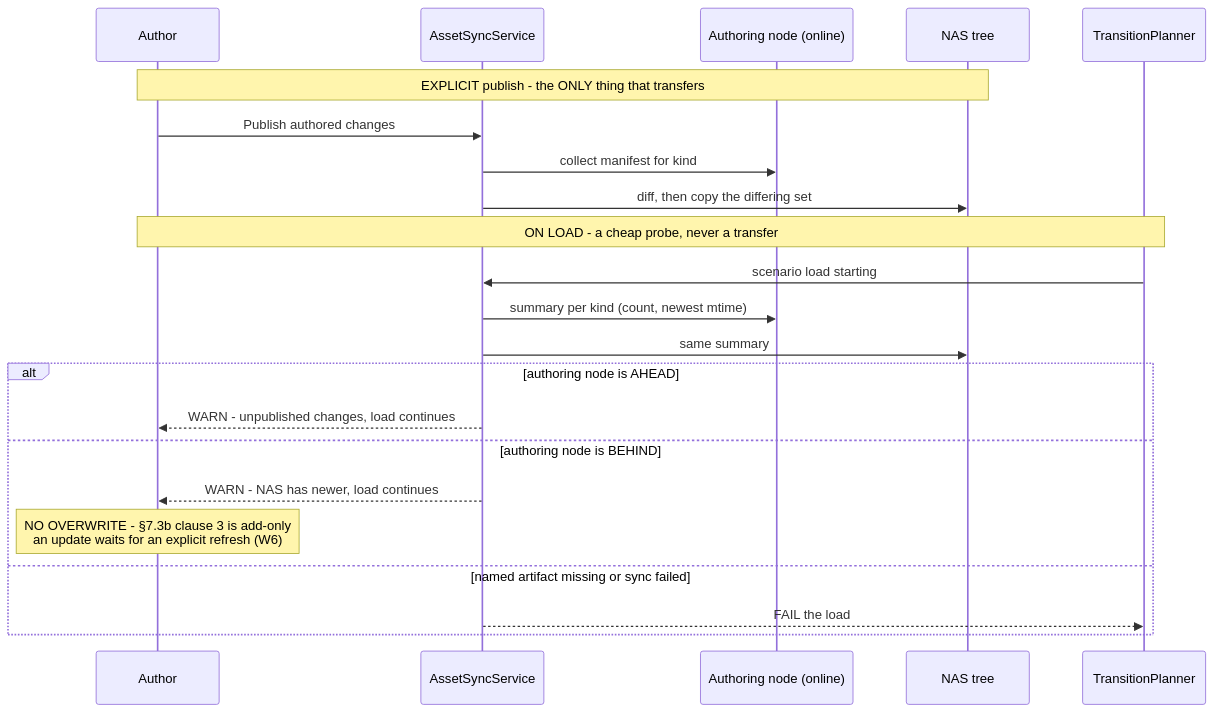
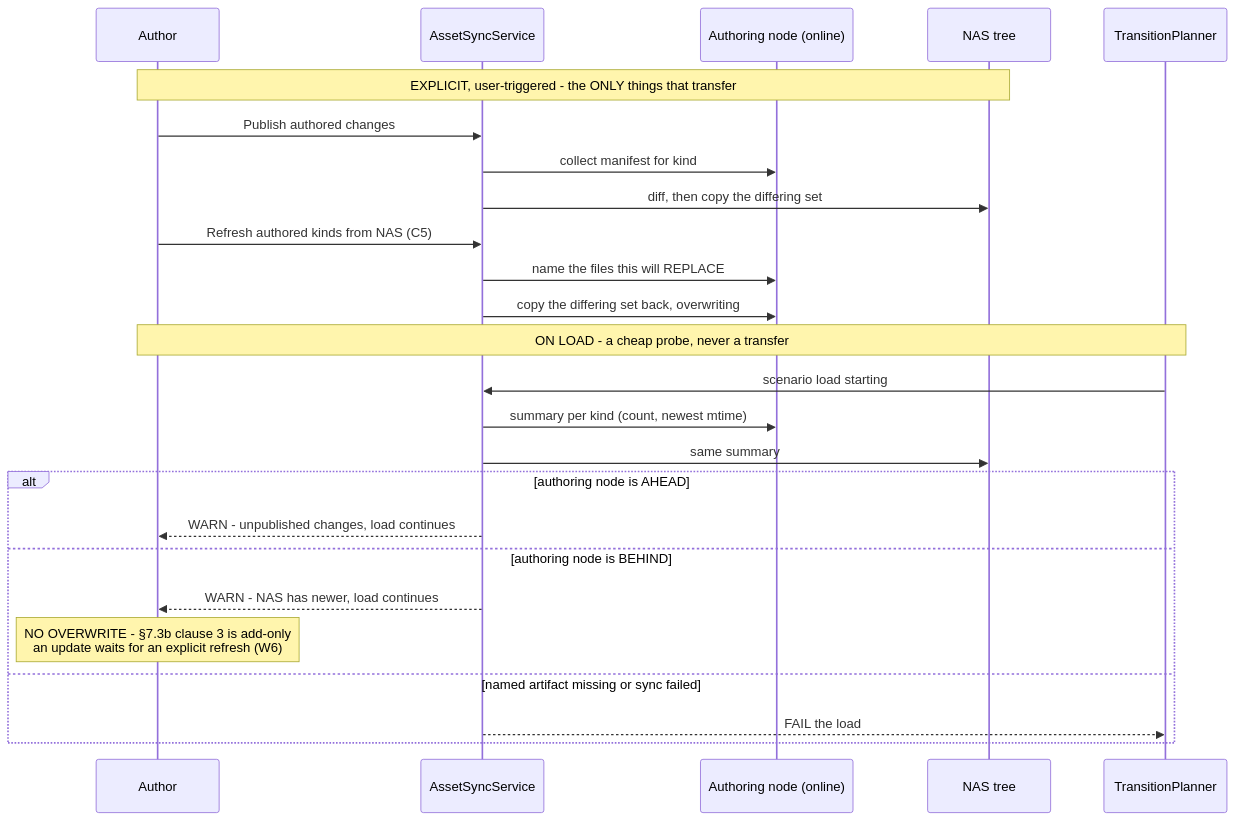
The third of 4 diagrams in docs/DESIGN_Asset_Management.md (pjanec/HROT), drawn with Mermaid before and after one commit. The commit also changed other lines of this file and 3 other files, not shown here.

First line of the commit message:
docs(assets): W6 RULED — the explicit refresh is task C5, and it closes the loop

````diff
--- a/docs/DESIGN_Asset_Management.md
+++ b/docs/DESIGN_Asset_Management.md
@@ -212,24 +214,27 @@
 ```mermaid
 sequenceDiagram
     participant U as Author
     participant SY as AssetSyncService
     participant A as Authoring node (online)
     participant NAS as NAS tree
     participant TP as TransitionPlanner
-    Note over U,NAS: EXPLICIT publish - the ONLY thing that transfers
+    Note over U,NAS: EXPLICIT, user-triggered - the ONLY things that transfer
     U->>SY: Publish authored changes
     SY->>A: collect manifest for kind
     SY->>NAS: diff, then copy the differing set
+    U->>SY: Refresh authored kinds from NAS (C5)
+    SY->>A: name the files this will REPLACE
+    SY->>A: copy the differing set back, overwriting
     Note over U,TP: ON LOAD - a cheap probe, never a transfer
     TP->>SY: scenario load starting
     SY->>A: summary per kind (count, newest mtime)
     SY->>NAS: same summary
     alt authoring node is AHEAD
         SY-->>U: WARN - unpublished changes, load continues
     else authoring node is BEHIND
         SY-->>U: WARN - NAS has newer, load continues
         Note over U: NO OVERWRITE - §7.3b clause 3 is add-only<br/>an update waits for an explicit refresh (W6)
     else named artifact missing or sync failed
         SY-->>TP: FAIL the load
     end
 ```
````
